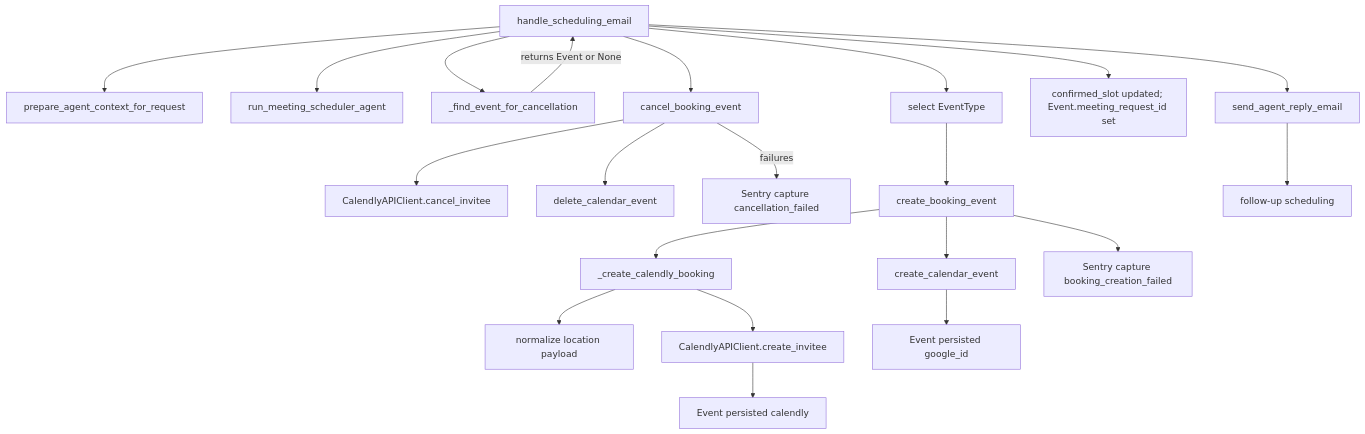
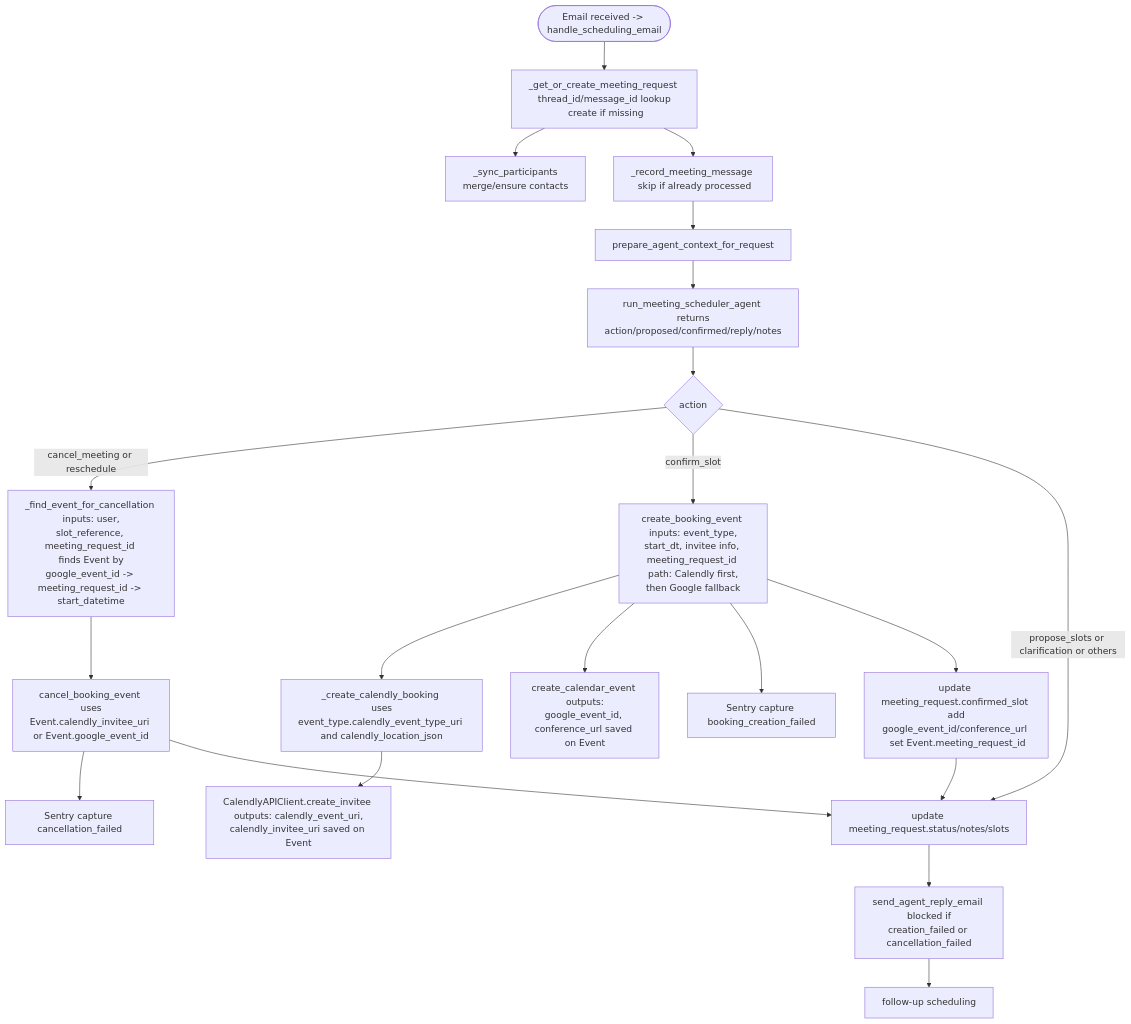
Before and after one commit to willcheung/CalAutobot: the diagram in docs/calendly_flowchart.md, drawn with Mermaid.

Commit message:
added flowchart

````diff
--- a/docs/calendly_flowchart.md
+++ b/docs/calendly_flowchart.md
@@ -3,35 +3,28 @@
 ```mermaid
 flowchart TD
-  H[handle_scheduling_email] --> C1[prepare_agent_context_for_request]
-  H --> AG[run_meeting_scheduler_agent]
-  H --> F[_find_event_for_cancellation]
-  F -->|returns Event or None| H
+  START([Email received -> handle_scheduling_email]) --> MR[_get_or_create_meeting_request \n thread_id/message_id lookup \n create if missing]
+  MR --> PART[_sync_participants \n merge/ensure contacts]
+  MR --> MSG[_record_meeting_message \n skip if already processed]
+  MSG --> SUB1[prepare_agent_context_for_request]
+  SUB1 --> AGENT[run_meeting_scheduler_agent \n returns action/proposed/confirmed/reply/notes]
+  AGENT --> DECIDE{action}
 
-  H --> CB[cancel_booking_event]
-  CB --> CA[CalendlyAPIClient.cancel_invitee]
-  CB --> DG[delete_calendar_event]
-  CB -->|failures| SENT1[Sentry capture cancellation_failed]
+  DECIDE -->|cancel_meeting or reschedule| FIND[_find_event_for_cancellation \n inputs: user, slot_reference, meeting_request_id \n finds Event by google_event_id -> meeting_request_id -> start_datetime]
+  FIND --> CANCEL[cancel_booking_event \n uses Event.calendly_invitee_uri or Event.google_event_id]
+  CANCEL --> SENTRY_CANCEL[Sentry capture cancellation_failed]
 
-  H --> SEL[select EventType]
-  SEL --> CREATE[create_booking_event]
-  CREATE --> CALBOOK[_create_calendly_booking]
-  CALBOOK --> LOC[normalize location payload]
-  CALBOOK --> CI[CalendlyAPIClient.create_invitee]
-  CI --> EVT[Event persisted calendly]
+  DECIDE -->|confirm_slot| CREATE[create_booking_event \n inputs: event_type, start_dt, invitee info, meeting_request_id \n path: Calendly first, then Google fallback]
+  CREATE --> CALBOOK[_create_calendly_booking \n uses event_type.calendly_event_type_uri and calendly_location_json]
+  CALBOOK --> INV[CalendlyAPIClient.create_invitee \n outputs: calendly_event_uri, calendly_invitee_uri saved on Event]
+  CREATE --> GBOOK[create_calendar_event \n outputs: google_event_id, conference_url saved on Event]
+  CREATE --> SENTRY_CREATE[Sentry capture booking_creation_failed]
 
-  CREATE --> GCREATE[create_calendar_event]
-  GCREATE --> EVT2[Event persisted google_id]
+  CREATE --> UPDATE[update meeting_request.confirmed_slot \n add google_event_id/conference_url \n set Event.meeting_request_id]
 
-  CREATE --> SENT2[Sentry capture booking_creation_failed]
+  DECIDE -->|propose_slots or clarification or others| STATE[update meeting_request.status/notes/slots]
+  CANCEL --> STATE
+  UPDATE --> STATE
 
-  H --> UPDATE[confirmed_slot updated; Event.meeting_request_id set]
-
-  H --> REPLY[send_agent_reply_email]
+  STATE --> REPLY[send_agent_reply_email \n blocked if creation_failed or cancellation_failed]
   REPLY --> FU[follow-up scheduling]
-
-  %% Notes:
-  %% - _find_event_for_cancellation tries google_event_id, then meeting_request_id, then start_datetime.
-  %% - cancel_booking_event logs/Sentry on failure and still marks event cancelled locally.
-  %% - create_booking_event tries Calendly first, then Google fallback.
-  %% - confirmed_slot persists google_event_id/conference_url when Google was used.
 ```
````
